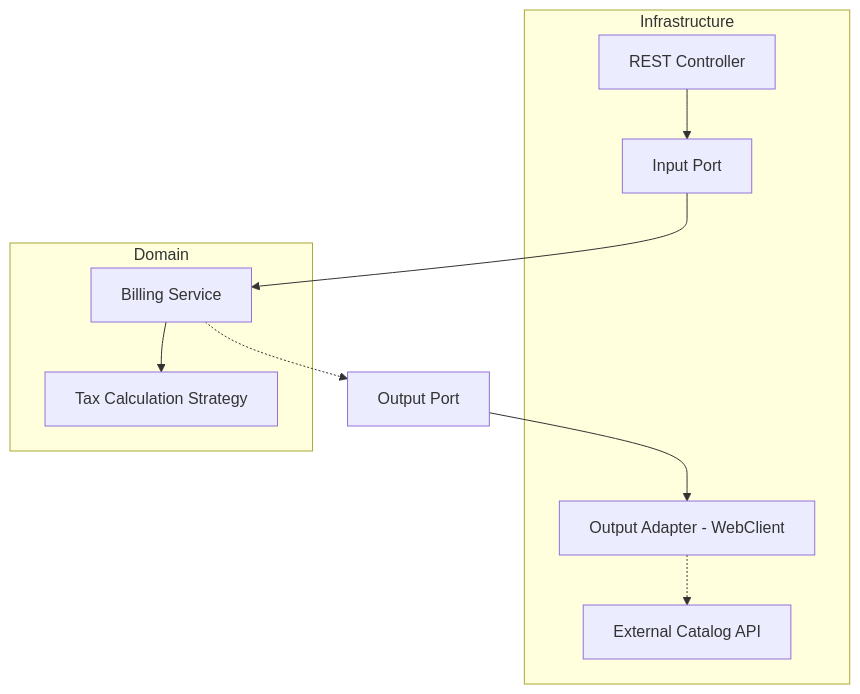
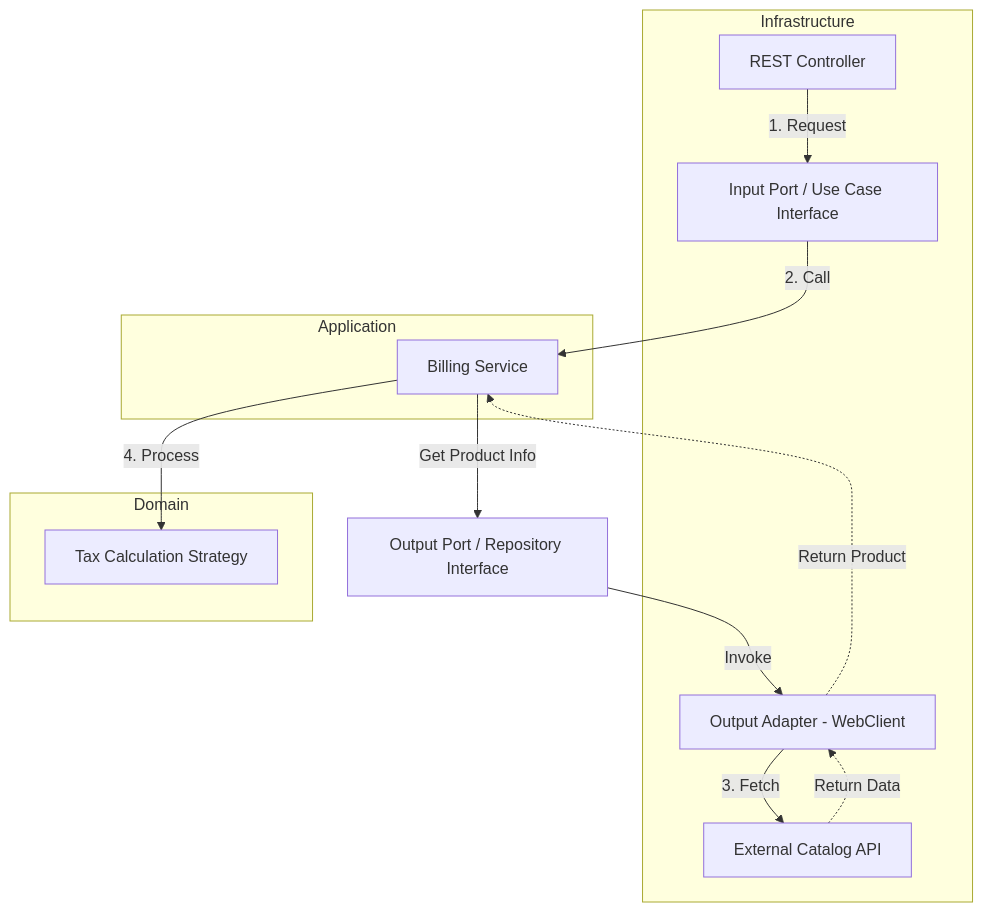
One commit to AmirBen113/billing-api-kata changed the diagram in README.md. Above: the diagram before and after it, drawn with Mermaid.

Commit message:
docs: add architecture diagram

````diff
--- a/README.md
+++ b/README.md
@@ -11,13 +11,20 @@
 ```mermaid
 graph TD
     subgraph Infrastructure
-        A[REST Controller] --> B[Input Port]
-        D[Output Adapter - WebClient] -.-> E[External Catalog API]
+        A[REST Controller] -- 1. Request --> B
+        D[Output Adapter - WebClient] -- 3. Fetch --> E[External Catalog API]
     end
+
+    subgraph Application
+        B[Input Port / Use Case Interface] -- 2. Call --> C
+    end
+
     subgraph Domain
-        B --> C[Billing Service]
-        C --> F[Tax Calculation Strategy]
+        C[Billing Service] -- 4. Process --> F[Tax Calculation Strategy]
     end
-    C -.-> G[Output Port]
-    G --> D
+
+    C -- "Get Product Info" --> G[Output Port / Repository Interface]
+    G -- "Invoke" --> D
+    E -.-> |Return Data| D
+    D -.-> |Return Product| C
  ```
````
